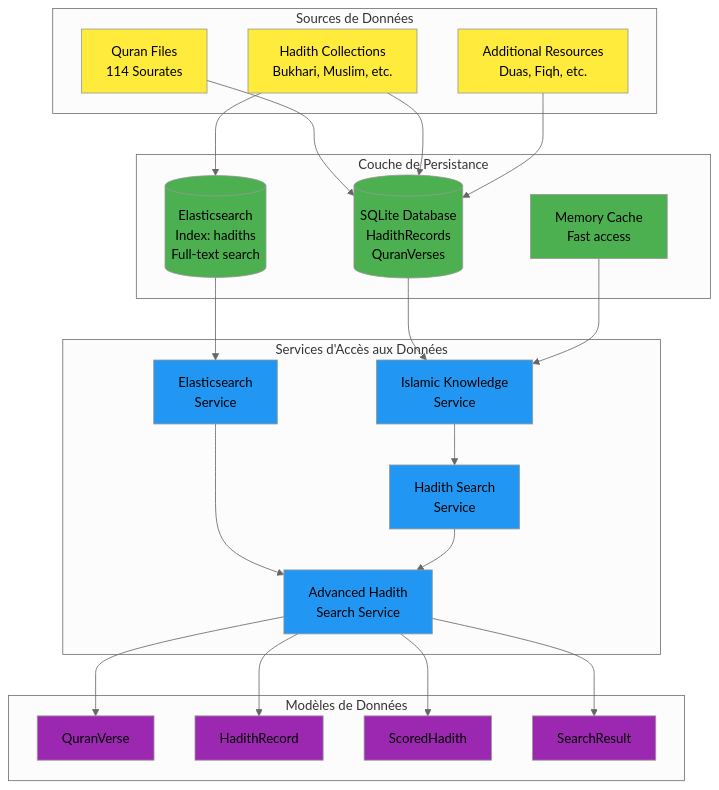
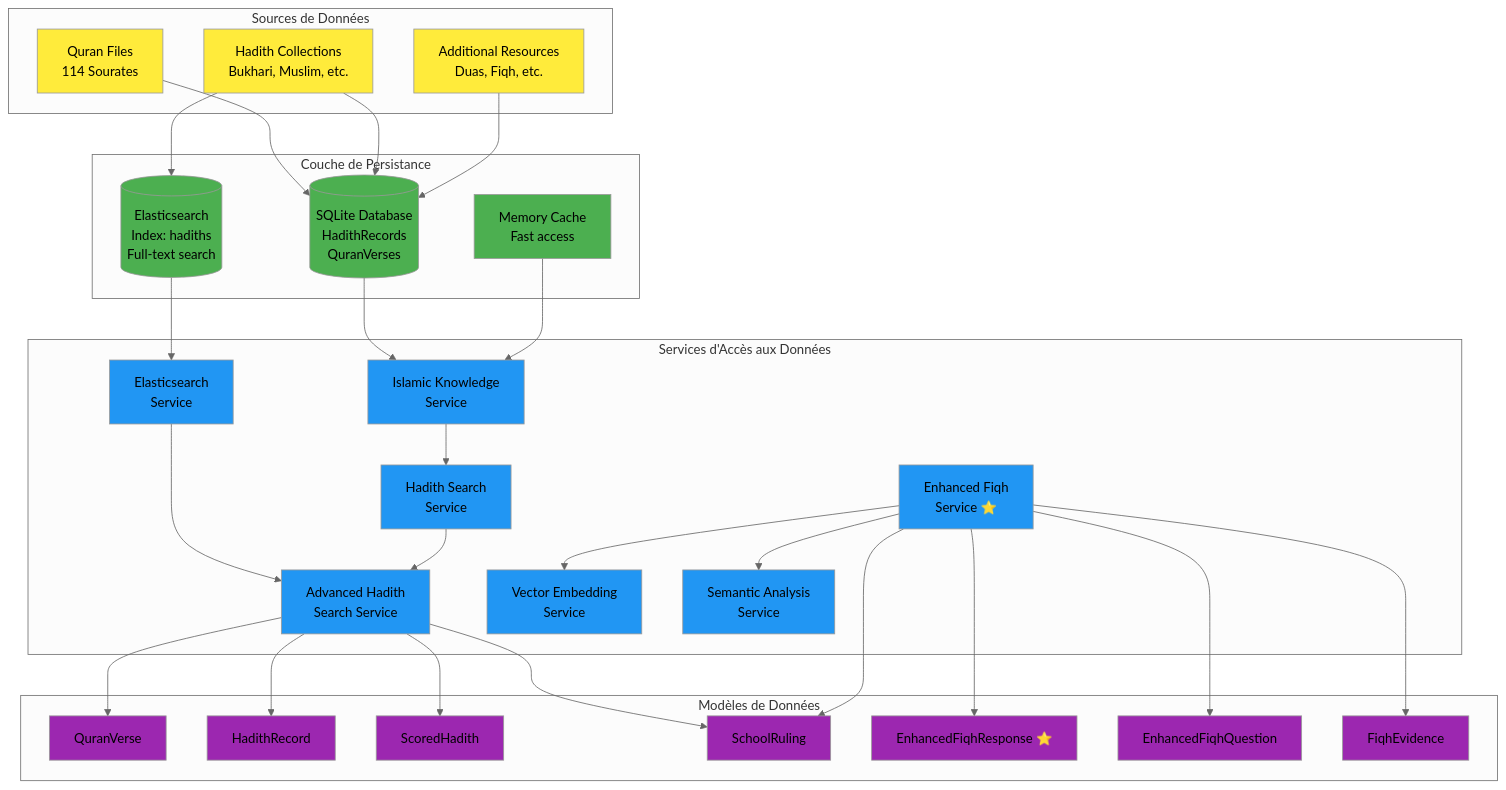
One commit to arhadnane/Muwasala-Islamic-Knowledge-Network changed the third of 19 diagrams in docs/architecture-mermaid.md. Above: the diagram before and after it, drawn with Mermaid (neutral theme). The commit also changed other lines of this file and 5 other files, not shown here.

````diff
--- a/docs/architecture-mermaid.md
+++ b/docs/architecture-mermaid.md
@@ -123,59 +135,72 @@
 ```mermaid
 graph TB
     subgraph "Sources de Données"
         QF[Quran Files<br/>114 Sourates]
         HF[Hadith Collections<br/>Bukhari, Muslim, etc.]
         AF[Additional Resources<br/>Duas, Fiqh, etc.]
     end
 
     subgraph "Couche de Persistance"
         SQLITE[(SQLite Database<br/>HadithRecords<br/>QuranVerses)]
         ELASTIC[(Elasticsearch<br/>Index: hadiths<br/>Full-text search)]
         CACHE[Memory Cache<br/>Fast access]
     end
 
     subgraph "Services d'Accès aux Données"
         IKS[Islamic Knowledge<br/>Service]
         HSS[Hadith Search<br/>Service]
         ESS[Elasticsearch<br/>Service]
         AHS[Advanced Hadith<br/>Search Service]
+        EFS[Enhanced Fiqh<br/>Service ⭐]
+        VES[Vector Embedding<br/>Service]
+        SAS[Semantic Analysis<br/>Service]
     end
 
     subgraph "Modèles de Données"
         QV[QuranVerse]
         HR[HadithRecord]
         SH[ScoredHadith]
         SR[SearchResult]
+        EFR[EnhancedFiqhResponse ⭐]
+        EFQ[EnhancedFiqhQuestion]
+        FE[FiqhEvidence]
+        SR[SchoolRuling]
     end
 
     %% Data Flow
     QF --> SQLITE
     HF --> SQLITE
     AF --> SQLITE
     
     HF --> ELASTIC
     
     SQLITE --> IKS
     ELASTIC --> ESS
     CACHE --> IKS
     
     IKS --> HSS
     ESS --> AHS
     HSS --> AHS
+    EFS --> VES
+    EFS --> SAS
     
     AHS --> QV
     AHS --> HR
     AHS --> SH
     AHS --> SR
+    EFS --> EFR
+    EFS --> EFQ
+    EFS --> FE
+    EFS --> SR
 
     %% Styling
     classDef sources fill:#ffeb3b
     classDef persistence fill:#4caf50
     classDef services fill:#2196f3
     classDef models fill:#9c27b0
     
     class QF,HF,AF sources
     class SQLITE,ELASTIC,CACHE persistence
-    class IKS,HSS,ESS,AHS services
-    class QV,HR,SH,SR models
+    class IKS,HSS,ESS,AHS,EFS,VES,SAS services
+    class QV,HR,SH,SR,EFR,EFQ,FE models
 ```
````
